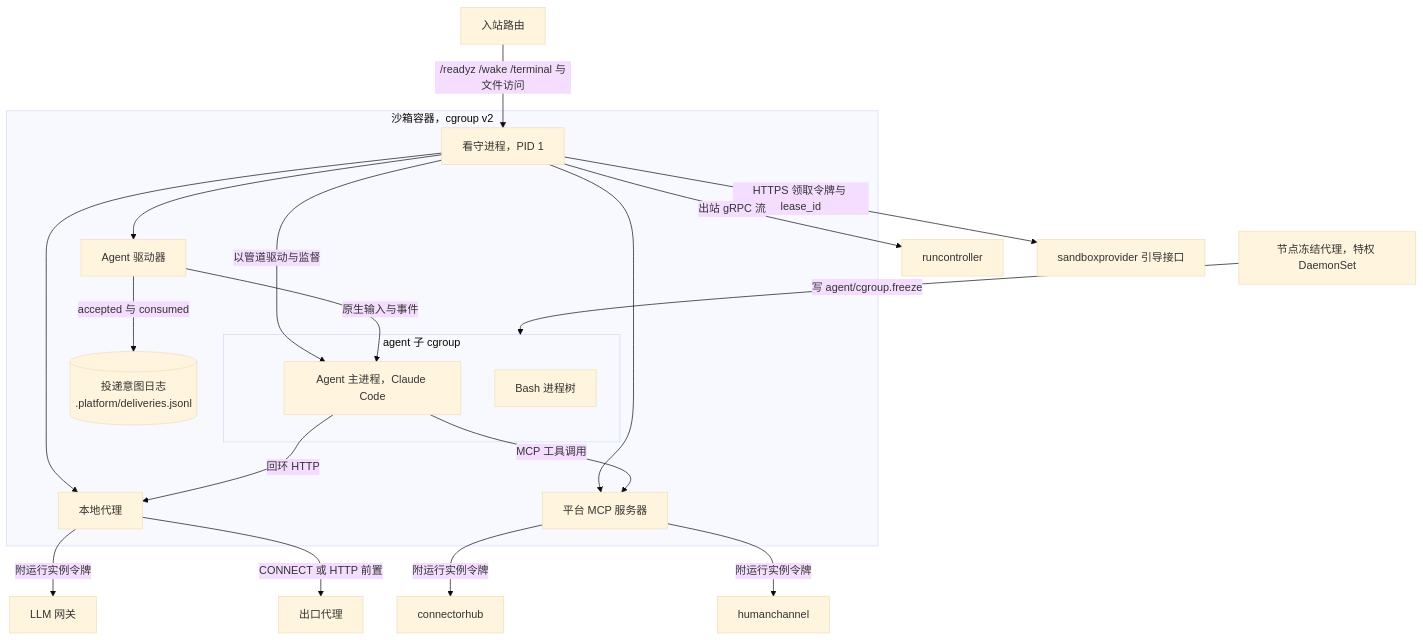
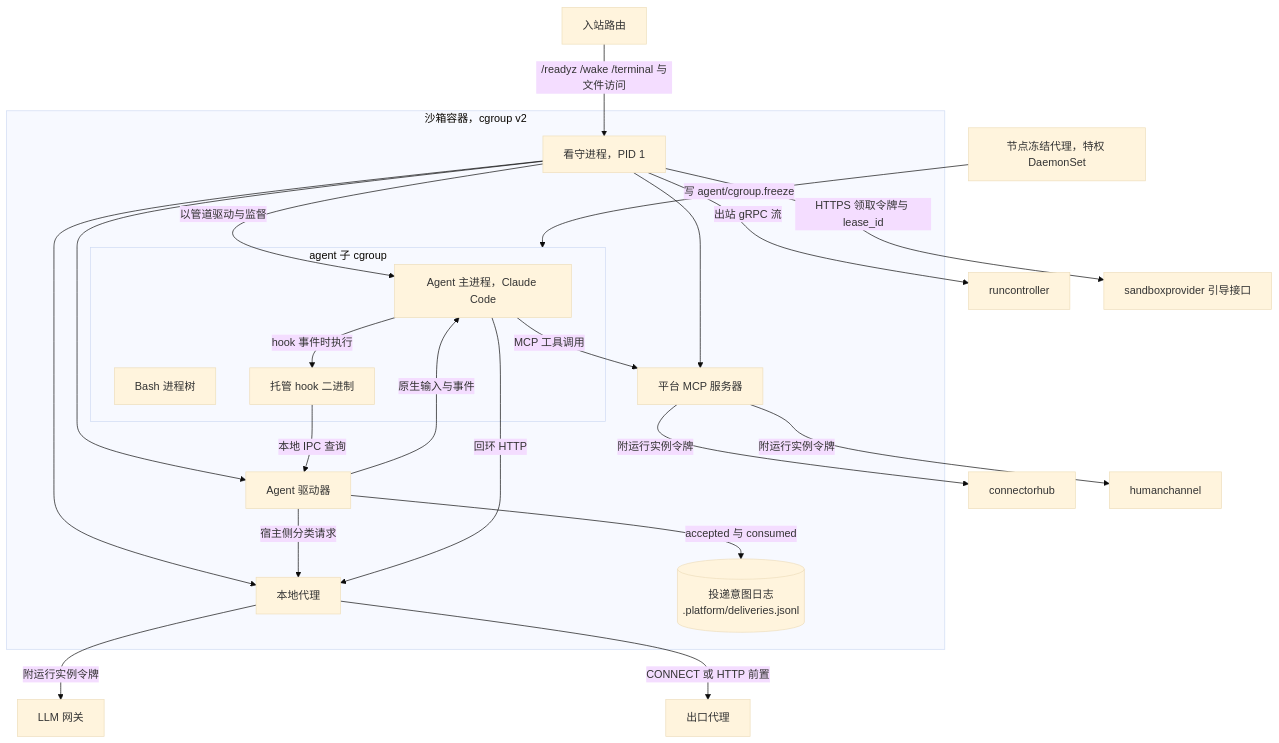
The first of 3 diagrams in docs/design/modules/warden/design-warden.md (wangzw/castworks), drawn with Mermaid (base theme) before and after one commit. The commit also changed other lines of this file and 16 other files, not shown here.

````diff
--- a/docs/design/modules/warden/design-warden.md
+++ b/docs/design/modules/warden/design-warden.md
@@ -185,38 +209,42 @@
 ```mermaid
 flowchart TB
     subgraph sandbox["沙箱容器，cgroup v2"]
         warden["看守进程，PID 1"]
         proxy["本地代理"]
         mcp["平台 MCP 服务器"]
         driver["Agent 驱动器"]
         intent[("投递意图日志<br/>.platform/deliveries.jsonl")]
         subgraph agentcg["agent 子 cgroup"]
             agent["Agent 主进程，Claude Code"]
             bash["Bash 进程树"]
+            hook["托管 hook 二进制"]
         end
         warden -->|"以管道驱动与监督"| agent
         warden --> proxy
         warden --> mcp
         warden --> driver
         driver -->|"原生输入与事件"| agent
         driver -->|"accepted 与 consumed"| intent
+        driver -->|"宿主侧分类请求"| proxy
         agent -->|"回环 HTTP"| proxy
         agent -->|"MCP 工具调用"| mcp
+        agent -->|"hook 事件时执行"| hook
+        hook -->|"本地 IPC 查询"| driver
     end
     nfa["节点冻结代理，特权 DaemonSet"]
     router["入站路由"]
     rc["runcontroller"]
     gw["LLM 网关"]
     egress["出口代理"]
     hub["connectorhub"]
     hc["humanchannel"]
     boot["sandboxprovider 引导接口"]
     nfa -->|"写 agent/cgroup.freeze"| agentcg
     router -->|"/readyz /wake /terminal 与文件访问"| warden
     warden -->|"HTTPS 领取令牌与 lease_id"| boot
     warden -->|"出站 gRPC 流"| rc
     proxy -->|"附运行实例令牌"| gw
     proxy -->|"CONNECT 或 HTTP 前置"| egress
     mcp -->|"附运行实例令牌"| hub
     mcp -->|"附运行实例令牌"| hc
 ```
````
